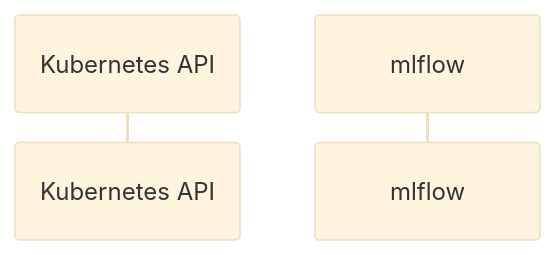
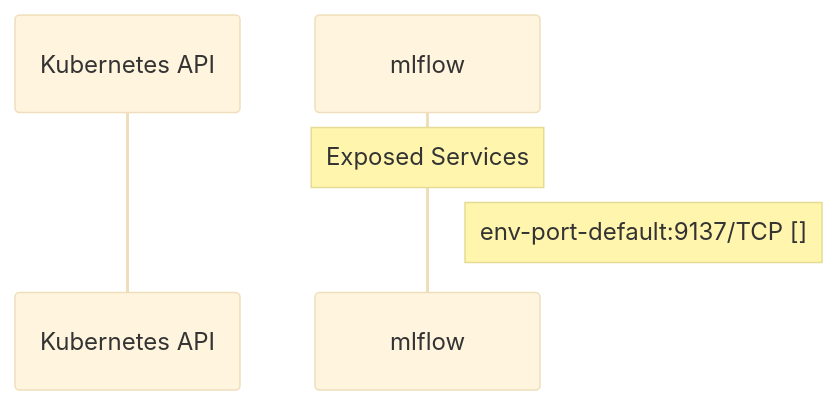
One commit to ugiordan/rhoai-architecture-analyzer changed the diagram in site/docs/use-cases/odh-platform/components/mlflow/dataflow.md. Above: the diagram before and after it, drawn with Mermaid (base theme). The commit also changed 402 other files, not shown here.

````diff
--- a/site/docs/use-cases/odh-platform/components/mlflow/dataflow.md
+++ b/site/docs/use-cases/odh-platform/components/mlflow/dataflow.md
@@ -13,7 +13,11 @@
 ```mermaid
 sequenceDiagram
     %% Static dataflow for mlflow
 
     participant KubernetesAPI as Kubernetes API
     participant mlflow as mlflow
+
+
+    Note over mlflow: Exposed Services
+    Note right of mlflow: env-port-default:9137/TCP []
 ```
````
